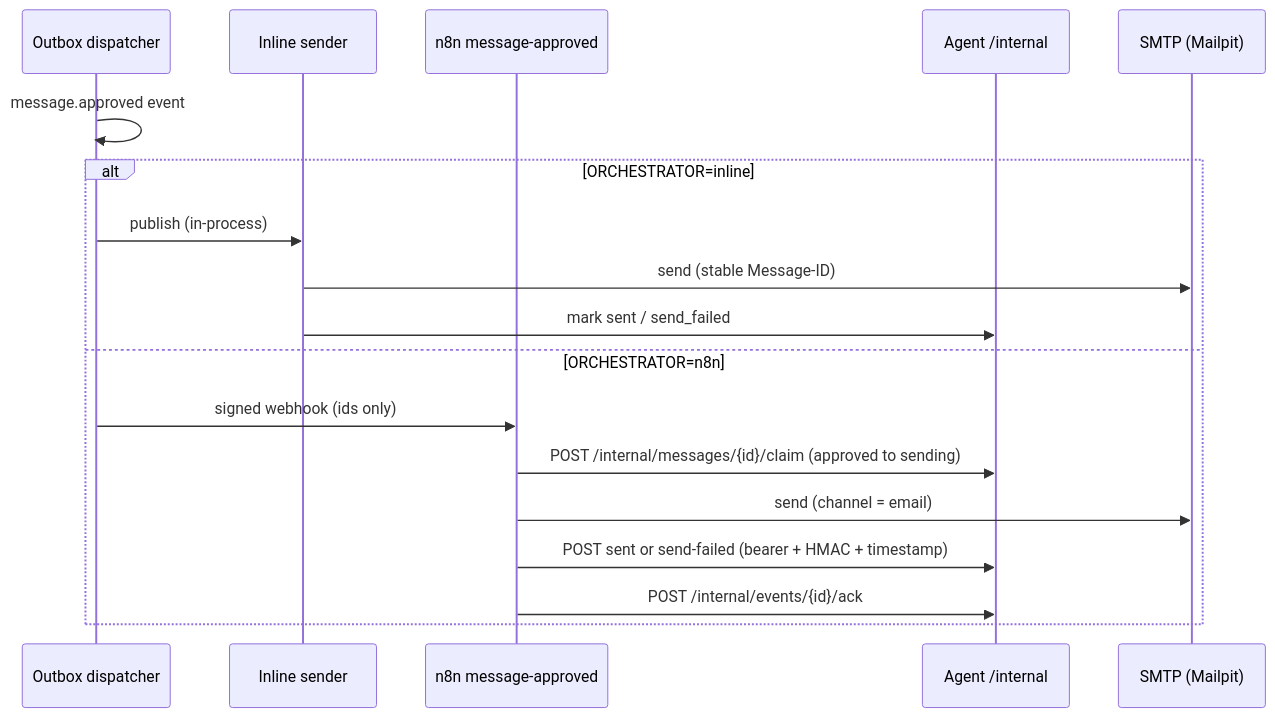
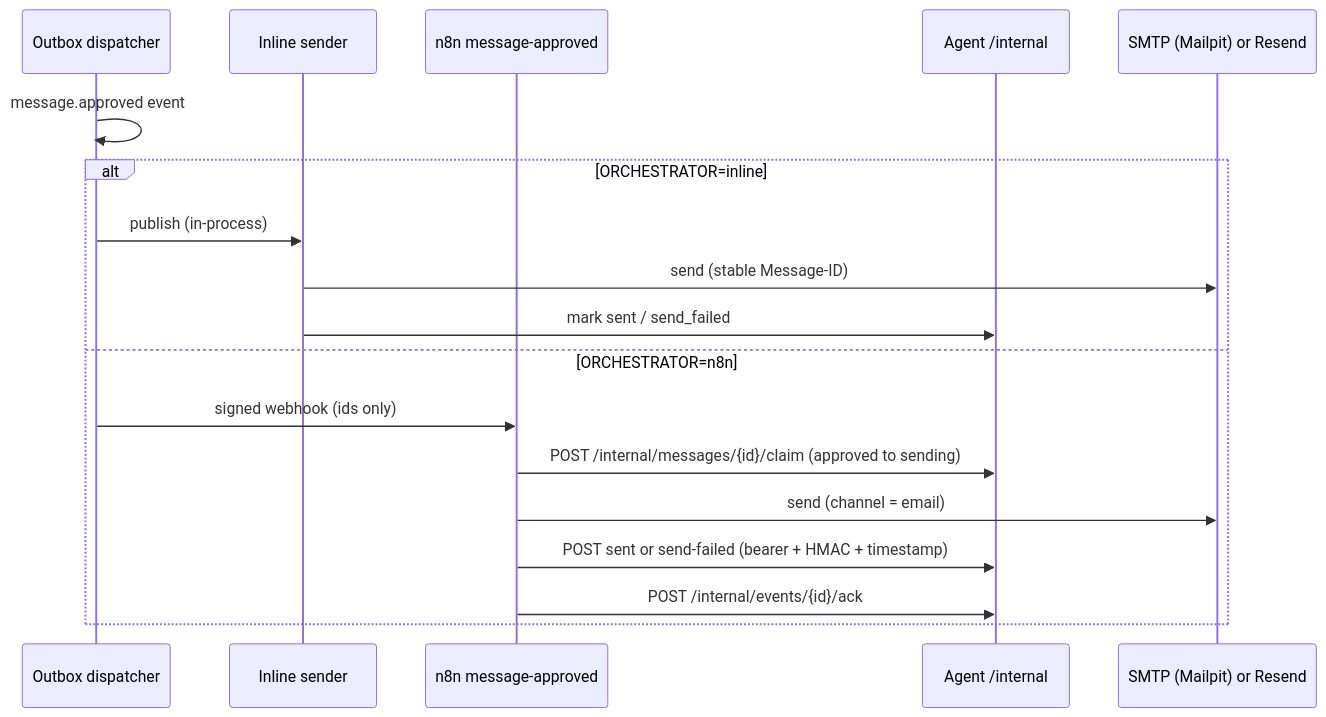
One commit to felipemoreno66/ai-lead-qualifier changed the fifth of 6 diagrams in docs/architecture.md. Above: the diagram before and after it, drawn with Mermaid. The commit also changed other lines of this file and 2 other files, not shown here.

Commit message:
docs: private instance, operator login and Resend

````diff
--- a/docs/architecture.md
+++ b/docs/architecture.md
@@ -172,20 +200,20 @@
 ```mermaid
 sequenceDiagram
   participant D as Outbox dispatcher
   participant I as Inline sender
   participant N as n8n message-approved
   participant A as Agent /internal
-  participant S as SMTP (Mailpit)
+  participant S as SMTP (Mailpit) or Resend
   D->>D: message.approved event
   alt ORCHESTRATOR=inline
     D->>I: publish (in-process)
     I->>S: send (stable Message-ID)
     I->>A: mark sent / send_failed
   else ORCHESTRATOR=n8n
     D->>N: signed webhook (ids only)
     N->>A: POST /internal/messages/{id}/claim (approved to sending)
     N->>S: send (channel = email)
     N->>A: POST sent or send-failed (bearer + HMAC + timestamp)
     N->>A: POST /internal/events/{id}/ack
   end
 ```
````
